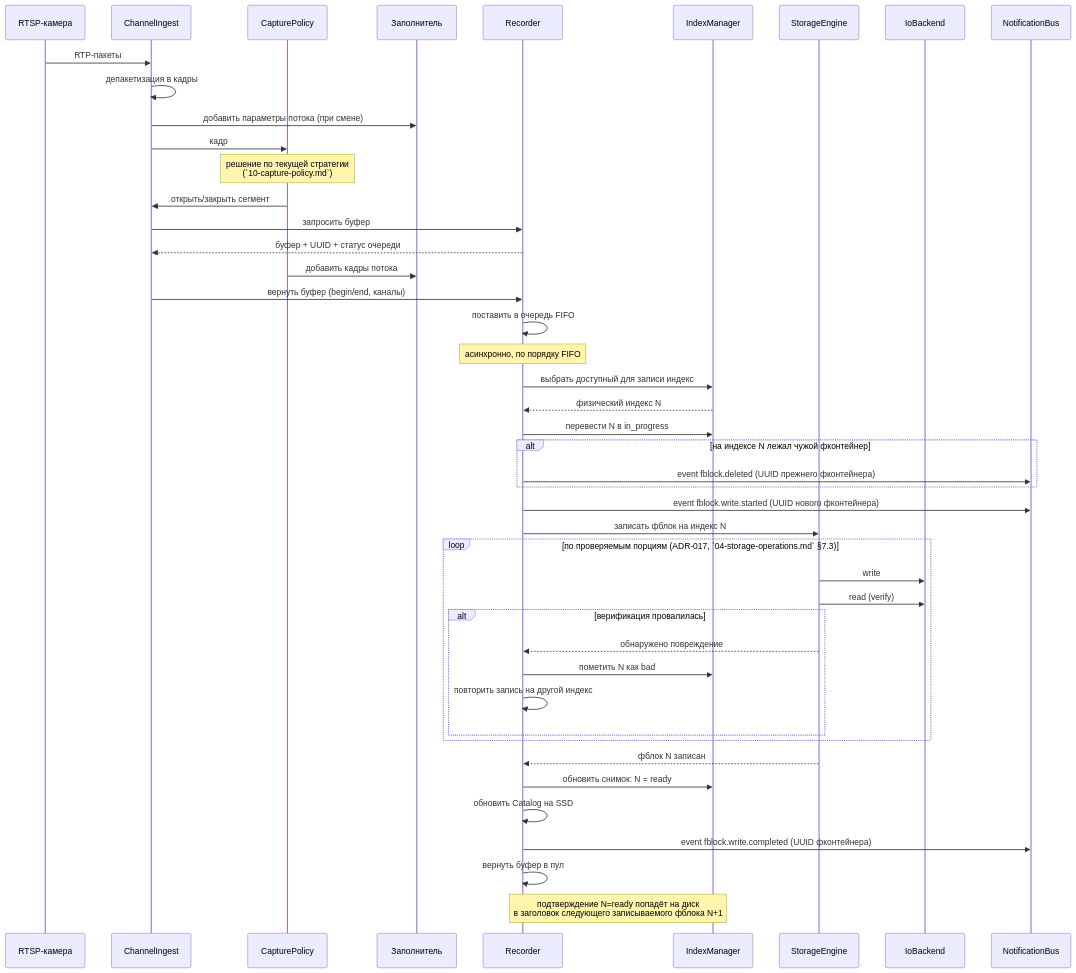
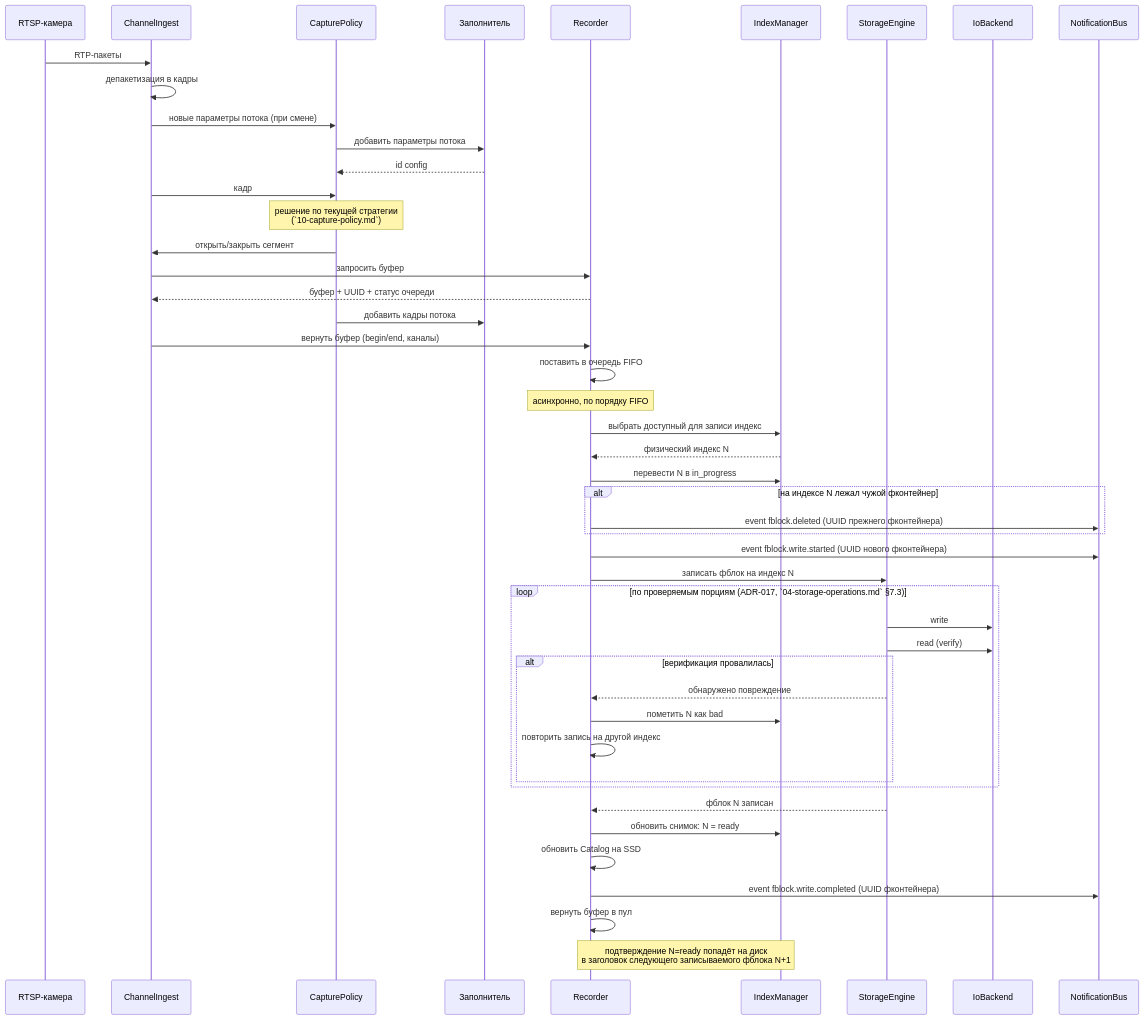
The third of 7 diagrams in docs/docs/archive/11-service-composition.md (traycers/farc), drawn with Mermaid before and after one commit. The commit also changed other lines of this file and 2 other files, not shown here.

Commit message:
close a one question

````diff
--- a/docs/docs/archive/11-service-composition.md
+++ b/docs/docs/archive/11-service-composition.md
@@ -284,52 +284,54 @@
 ```mermaid
 sequenceDiagram
     participant Cam as RTSP-камера
     participant CI as ChannelIngest
     participant CP as CapturePolicy
     participant Fill as Заполнитель
     participant R as Recorder
     participant IM as IndexManager
     participant SE as StorageEngine
     participant IO as IoBackend
     participant NB as NotificationBus
 
     Cam->>CI: RTP-пакеты
     CI->>CI: депакетизация в кадры
-    CI->>Fill: добавить параметры потока (при смене)
+    CI->>CP: новые параметры потока (при смене)
+    CP->>Fill: добавить параметры потока
+    Fill-->>CP: id config
     CI->>CP: кадр
     Note over CP: решение по текущей стратегии<br/>(`10-capture-policy.md`)
     CP->>CI: открыть/закрыть сегмент
     CI->>R: запросить буфер
     R-->>CI: буфер + UUID + статус очереди
     CP->>Fill: добавить кадры потока
     CI->>R: вернуть буфер (begin/end, каналы)
     R->>R: поставить в очередь FIFO
 
     Note over R: асинхронно, по порядку FIFO
     R->>IM: выбрать доступный для записи индекс
     IM-->>R: физический индекс N
     R->>IM: перевести N в in_progress
     alt на индексе N лежал чужой фконтейнер
         R->>NB: event fblock.deleted (UUID прежнего фконтейнера)
     end
     R->>NB: event fblock.write.started (UUID нового фконтейнера)
     R->>SE: записать фблок на индекс N
 
     loop по проверяемым порциям (ADR-017, `04-storage-operations.md` §7.3)
         SE->>IO: write
         SE->>IO: read (verify)
         alt верификация провалилась
             SE-->>R: обнаружено повреждение
             R->>IM: пометить N как bad
             R->>R: повторить запись на другой индекс
         end
     end
 
     SE-->>R: фблок N записан
     R->>IM: обновить снимок: N = ready
     R->>R: обновить Catalog на SSD
     R->>NB: event fblock.write.completed (UUID фконтейнера)
     R->>R: вернуть буфер в пул
 
     Note over R,IM: подтверждение N=ready попадёт на диск<br/>в заголовок следующего записываемого фблока N+1
 ```
````
